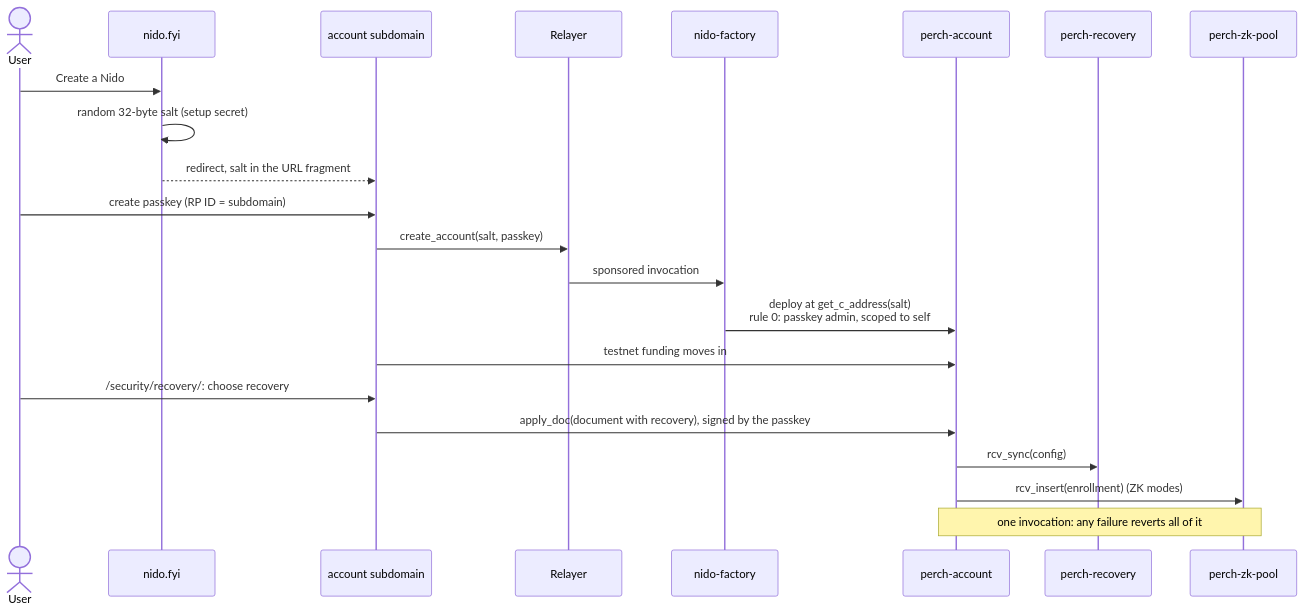
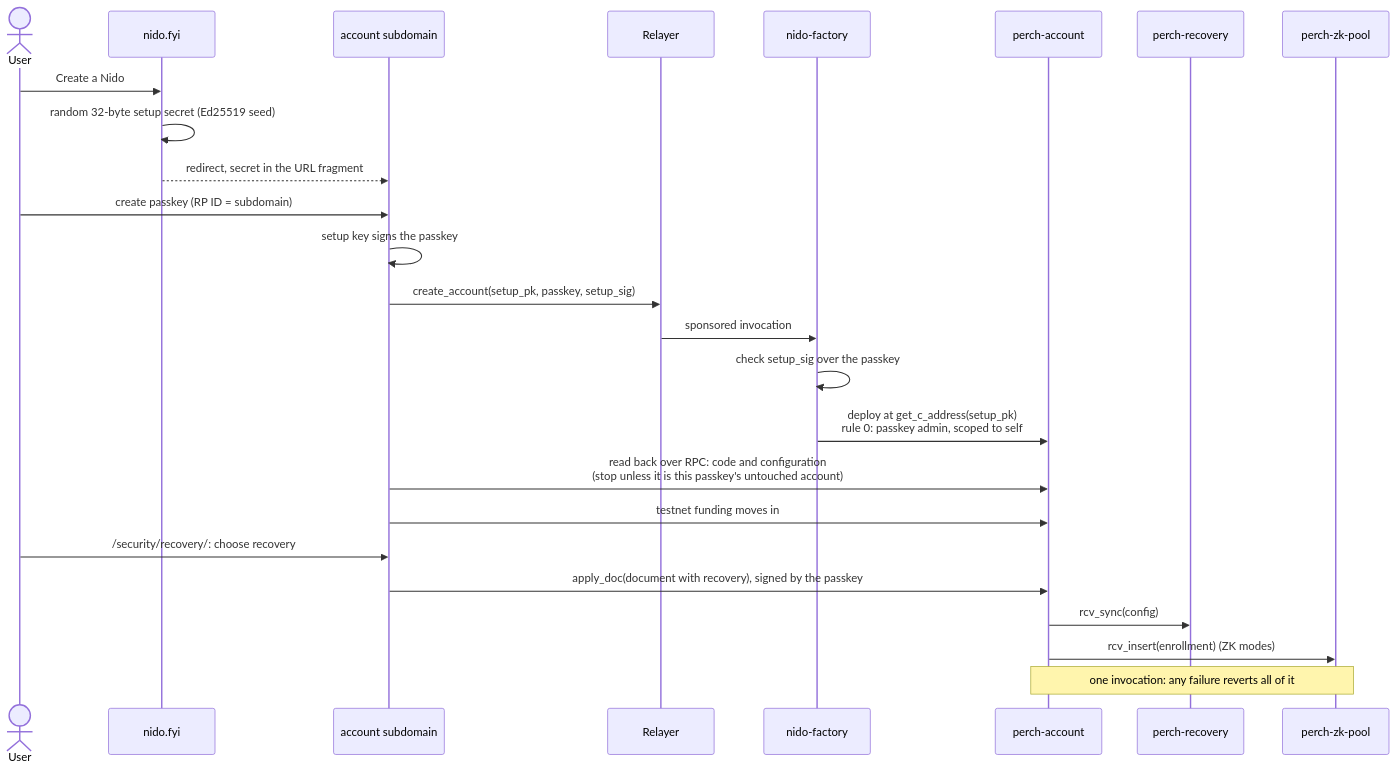
The second of 4 diagrams in ARCHITECTURE.md (edenbd1/nido), drawn with Mermaid before and after one commit. The commit also changed other lines of this file and 275 other files, not shown here.

````diff
--- a/ARCHITECTURE.md
+++ b/ARCHITECTURE.md
@@ -131,25 +145,28 @@
 ```mermaid
 sequenceDiagram
     actor User
     participant Apex as nido.fyi
     participant Sub as account subdomain
     participant Relayer
     participant Factory as nido-factory
     participant Account as perch-account
     participant Ctl as perch-recovery
     participant Pool as perch-zk-pool
 
     User->>Apex: Create a Nido
-    Apex->>Apex: random 32-byte salt (setup secret)
-    Apex-->>Sub: redirect, salt in the URL fragment
+    Apex->>Apex: random 32-byte setup secret (Ed25519 seed)
+    Apex-->>Sub: redirect, secret in the URL fragment
     User->>Sub: create passkey (RP ID = subdomain)
-    Sub->>Relayer: create_account(salt, passkey)
+    Sub->>Sub: setup key signs the passkey
+    Sub->>Relayer: create_account(setup_pk, passkey, setup_sig)
     Relayer->>Factory: sponsored invocation
-    Factory->>Account: deploy at get_c_address(salt)<br/>rule 0: passkey admin, scoped to self
+    Factory->>Factory: check setup_sig over the passkey
+    Factory->>Account: deploy at get_c_address(setup_pk)<br/>rule 0: passkey admin, scoped to self
+    Sub->>Account: read back over RPC: code and configuration<br/>(stop unless it is this passkey's untouched account)
     Sub->>Account: testnet funding moves in
     User->>Sub: /security/recovery/: choose recovery
     Sub->>Account: apply_doc(document with recovery), signed by the passkey
     Account->>Ctl: rcv_sync(config)
     Account->>Pool: rcv_insert(enrollment) (ZK modes)
     Note over Account,Pool: one invocation: any failure reverts all of it
 ```
````
